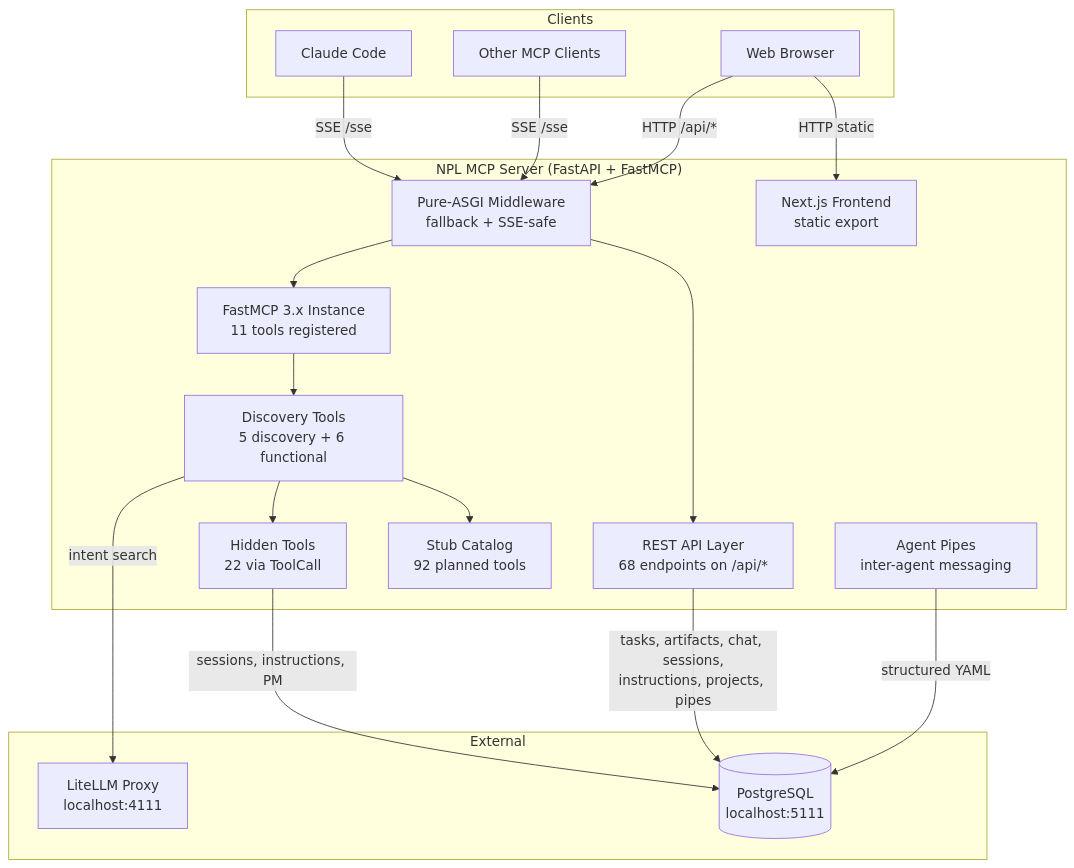
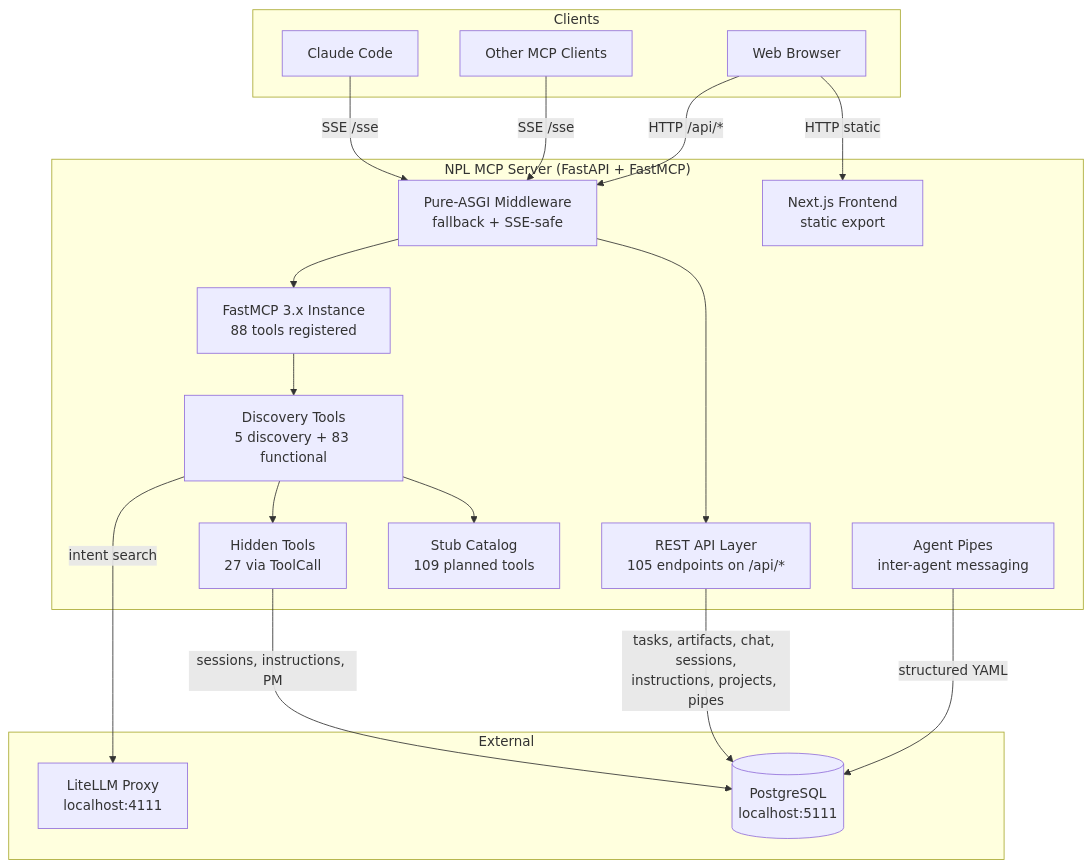
One commit to noizu-labs-ml/NoizuPromptLingo changed the diagram in projects/NoizuPromptLingo/docs/PROJ-ARCH.md. Above: the diagram before and after it, drawn with Mermaid. The commit also changed other lines of this file and 71 other files, not shown here.

````diff
--- a/projects/NoizuPromptLingo/docs/PROJ-ARCH.md
+++ b/projects/NoizuPromptLingo/docs/PROJ-ARCH.md
@@ -11,38 +11,38 @@
 ```mermaid
 graph TB
     subgraph Clients
         CC[Claude Code]
         Other[Other MCP Clients]
         Browser[Web Browser]
     end
 
     subgraph "NPL MCP Server (FastAPI + FastMCP)"
         MW[Pure-ASGI Middleware<br/>fallback + SSE-safe]
-        MCP[FastMCP 3.x Instance<br/>11 tools registered]
-        REST[REST API Layer<br/>68 endpoints on /api/*]
-        Meta[Discovery Tools<br/>5 discovery + 6 functional]
-        Hidden[Hidden Tools<br/>22 via ToolCall]
-        Stubs[Stub Catalog<br/>92 planned tools]
+        MCP[FastMCP 3.x Instance<br/>88 tools registered]
+        REST[REST API Layer<br/>105 endpoints on /api/*]
+        Meta[Discovery Tools<br/>5 discovery + 83 functional]
+        Hidden[Hidden Tools<br/>27 via ToolCall]
+        Stubs[Stub Catalog<br/>109 planned tools]
         Pipes[Agent Pipes<br/>inter-agent messaging]
         FE[Next.js Frontend<br/>static export]
     end
 
     subgraph External
         LLM[LiteLLM Proxy<br/>localhost:4111]
         DB[(PostgreSQL<br/>localhost:5111)]
     end
 
     CC -->|SSE /sse| MW
     Other -->|SSE /sse| MW
     Browser -->|HTTP /api/*| MW
     Browser -->|HTTP static| FE
     MW --> MCP
     MW --> REST
     MCP --> Meta
     Meta --> Hidden
     Meta --> Stubs
     Meta -->|intent search| LLM
     Hidden -->|sessions, instructions, PM| DB
     REST -->|tasks, artifacts, chat, sessions,<br/>instructions, projects, pipes| DB
     Pipes -->|structured YAML| DB
 ```
````
